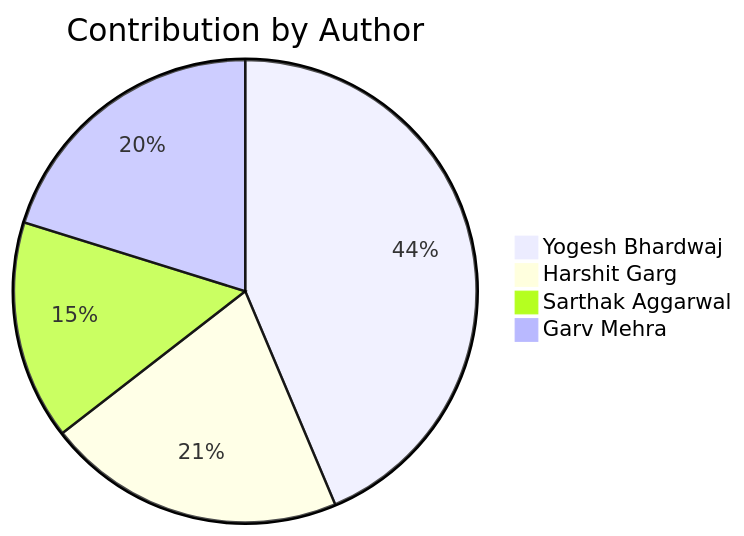
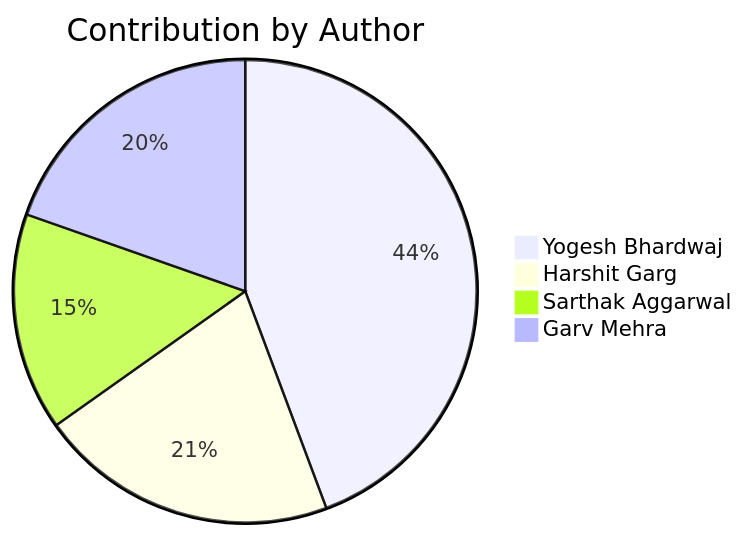
Before and after one commit to Yogesh-Bhardwaj-hue/Scm-Final_2.0: the second of 2 diagrams in README.md, drawn with Mermaid. The commit also changed other lines of this file, not shown here.

Commit message:
S8LFJW7TyX95

````diff
--- a/README.md
+++ b/README.md
@@ -190,7 +190,7 @@
 ```mermaid
 pie title Contribution by Author
-    "Yogesh Bhardwaj": 134
-    "Harshit Garg": 64
-    "Sarthak Aggarwal": 47
+    "Yogesh Bhardwaj": 140
+    "Harshit Garg": 66
+    "Sarthak Aggarwal": 48
     "Garv Mehra": 62
 ```
````
